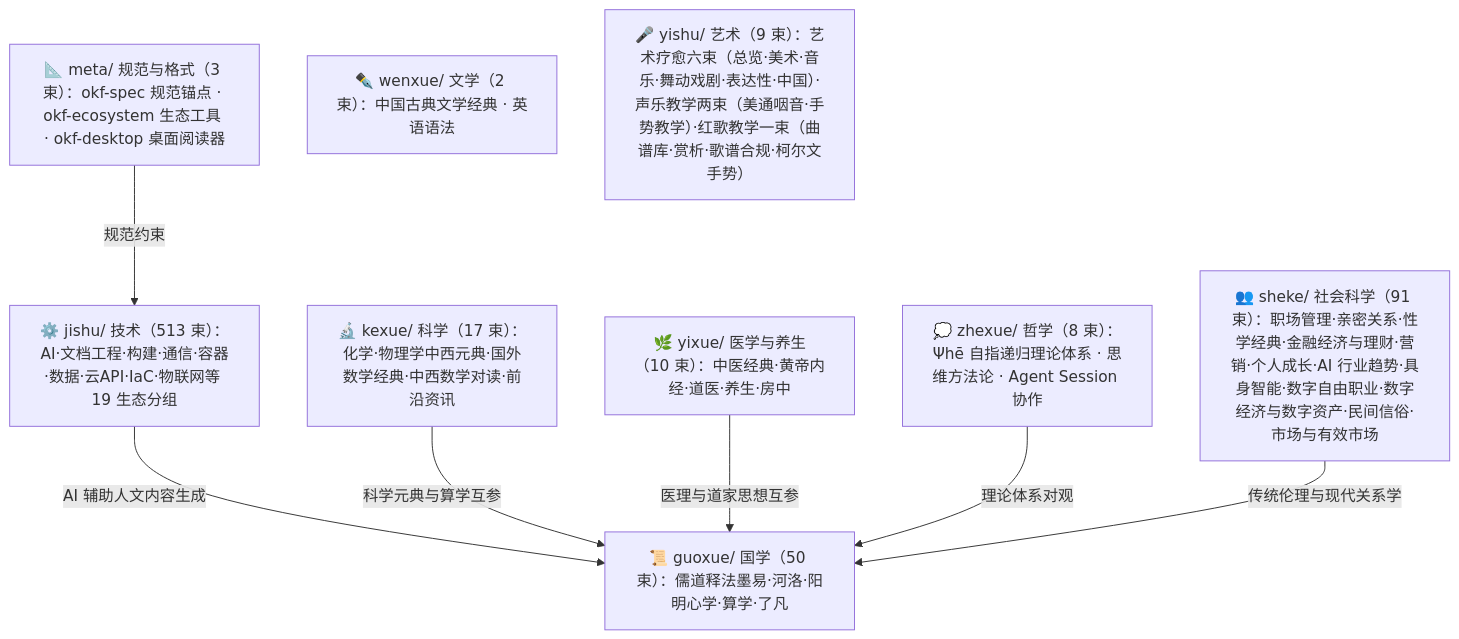
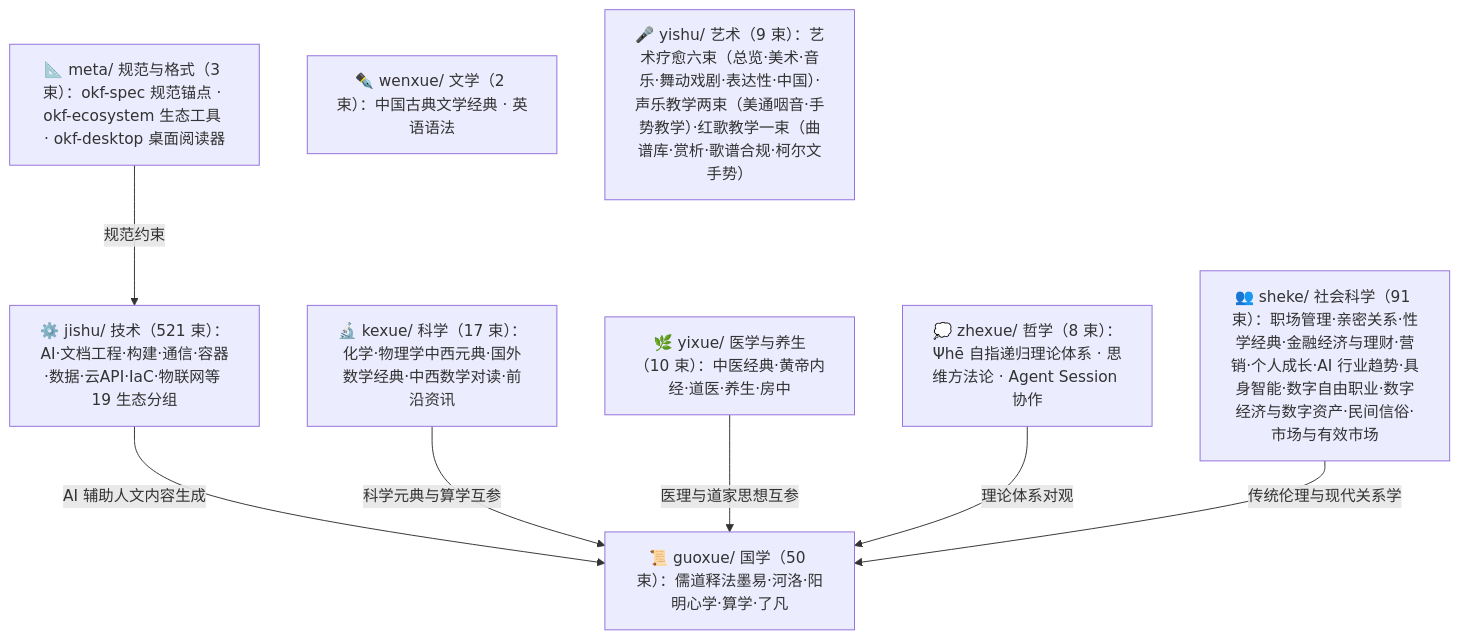
Before and after one commit to awesome-flexloop/awesome-okf: the diagram in doc/bundles/index.md, drawn with Mermaid. The commit also changed other lines of this file and 11 other files, not shown here.

````diff
--- a/doc/bundles/index.md
+++ b/doc/bundles/index.md
@@ -21,18 +21,18 @@
 ```mermaid
 flowchart TD
     meta["📐 meta/ 规范与格式（3 束）：okf-spec 规范锚点 · okf-ecosystem 生态工具 · okf-desktop 桌面阅读器"]
     guoxue["📜 guoxue/ 国学（50 束）：儒道释法墨易·河洛·阳明心学·算学·了凡"]
     zhexue["💭 zhexue/ 哲学（8 束）：Ψhē 自指递归理论体系 · 思维方法论 · Agent Session 协作"]
     kexue["🔬 kexue/ 科学（17 束）：化学·物理学中西元典·国外数学经典·中西数学对读·前沿资讯"]
     wenxue["✒️ wenxue/ 文学（2 束）：中国古典文学经典 · 英语语法"]
     yixue["🌿 yixue/ 医学与养生（10 束）：中医经典·黄帝内经·道医·养生·房中"]
     sheke["👥 sheke/ 社会科学（91 束）：职场管理·亲密关系·性学经典·金融经济与理财·营销·个人成长·AI 行业趋势·具身智能·数字自由职业·数字经济与数字资产·民间信俗·市场与有效市场"]
     yishu["🎤 yishu/ 艺术（9 束）：艺术疗愈六束（总览·美术·音乐·舞动戏剧·表达性·中国）·声乐教学两束（美通咽音·手势教学）·红歌教学一束（曲谱库·赏析·歌谱合规·柯尔文手势）"]
-    jishu["⚙️ jishu/ 技术（513 束）：AI·文档工程·构建·通信·容器·数据·云API·IaC·物联网等 19 生态分组"]
+    jishu["⚙️ jishu/ 技术（521 束）：AI·文档工程·构建·通信·容器·数据·云API·IaC·物联网等 19 生态分组"]
     meta -->|"规范约束"| jishu
     jishu -->|"AI 辅助人文内容生成"| guoxue
     kexue -->|"科学元典与算学互参"| guoxue
     yixue -->|"医理与道家思想互参"| guoxue
     zhexue -->|"理论体系对观"| guoxue
     sheke -->|"传统伦理与现代关系学"| guoxue
 ```
````
